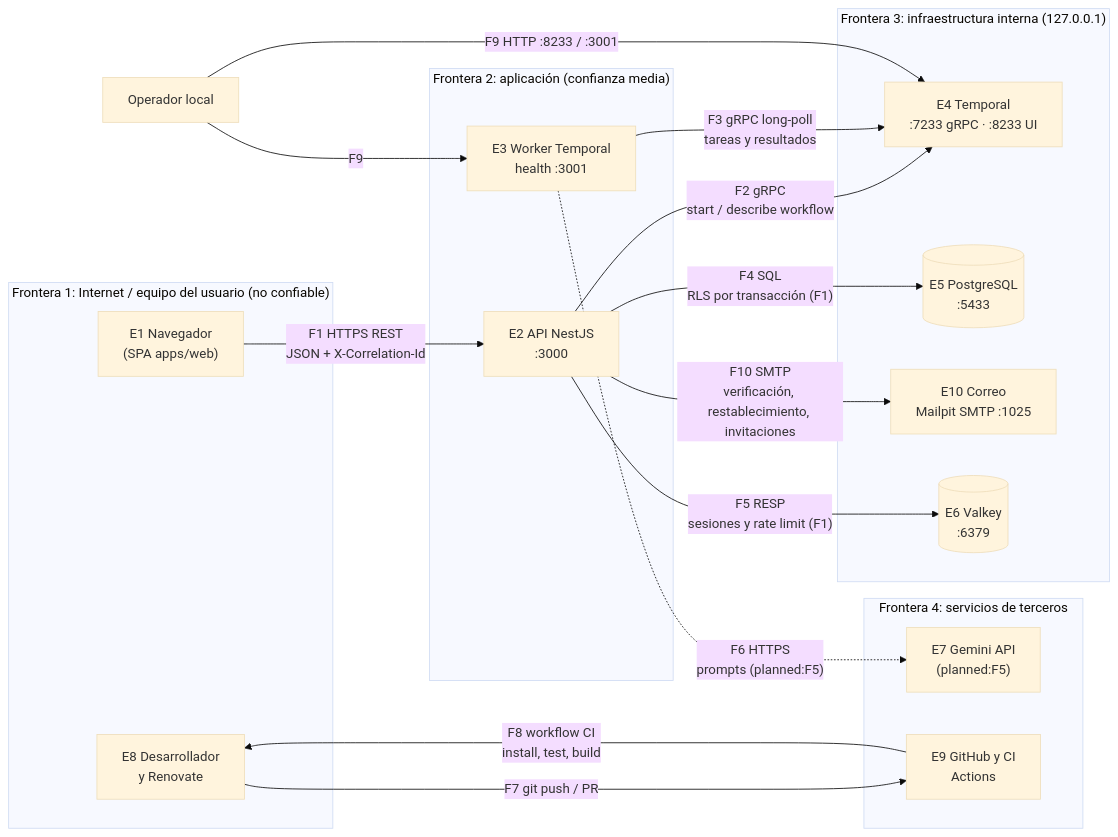
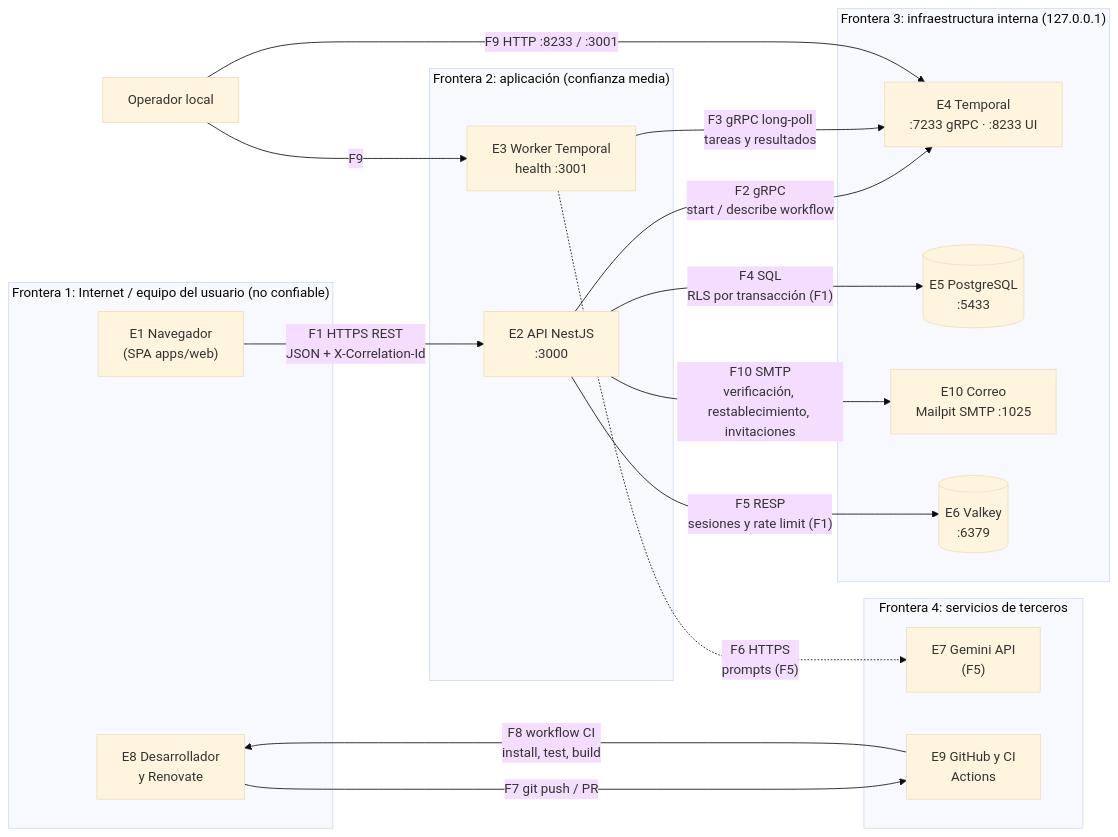
The diagram in docs/threat-model.md (devanthony92/cognitive-dag), drawn with Mermaid (base theme) before and after one commit. The commit also changed other lines of this file and 23 other files, not shown here.

````diff
--- a/docs/threat-model.md
+++ b/docs/threat-model.md
@@ -28,36 +28,36 @@
 ```mermaid
 flowchart LR
     subgraph TB1["Frontera 1: Internet / equipo del usuario (no confiable)"]
         BR["E1 Navegador<br/>(SPA apps/web)"]
         DEV["E8 Desarrollador<br/>y Renovate"]
     end
 
     subgraph TB2["Frontera 2: aplicación (confianza media)"]
         API["E2 API NestJS<br/>:3000"]
         WK["E3 Worker Temporal<br/>health :3001"]
     end
 
     subgraph TB3["Frontera 3: infraestructura interna (127.0.0.1)"]
         TMP["E4 Temporal<br/>:7233 gRPC · :8233 UI"]
         PG[("E5 PostgreSQL<br/>:5433")]
         ML["E10 Correo<br/>Mailpit SMTP :1025"]
         VK[("E6 Valkey<br/>:6379")]
     end
 
     subgraph TB4["Frontera 4: servicios de terceros"]
-        GEM["E7 Gemini API<br/>(planned:F5)"]
+        GEM["E7 Gemini API<br/>(F5)"]
         GH["E9 GitHub y CI<br/>Actions"]
     end
 
     BR -- "F1 HTTPS REST<br/>JSON + X-Correlation-Id" --> API
     API -- "F2 gRPC<br/>start / describe workflow" --> TMP
     WK -- "F3 gRPC long-poll<br/>tareas y resultados" --> TMP
     API -- "F4 SQL<br/>RLS por transacción (F1)" --> PG
     API -- "F5 RESP<br/>sesiones y rate limit (F1)" --> VK
     API -- "F10 SMTP<br/>verificación, restablecimiento, invitaciones" --> ML
-    WK -. "F6 HTTPS<br/>prompts (planned:F5)" .-> GEM
+    WK -. "F6 HTTPS<br/>prompts (F5)" .-> GEM
     DEV -- "F7 git push / PR" --> GH
     GH -- "F8 workflow CI<br/>install, test, build" --> DEV
     OP["Operador local"] -- "F9 HTTP :8233 / :3001" --> TMP
     OP -- "F9" --> WK
 ```
````
